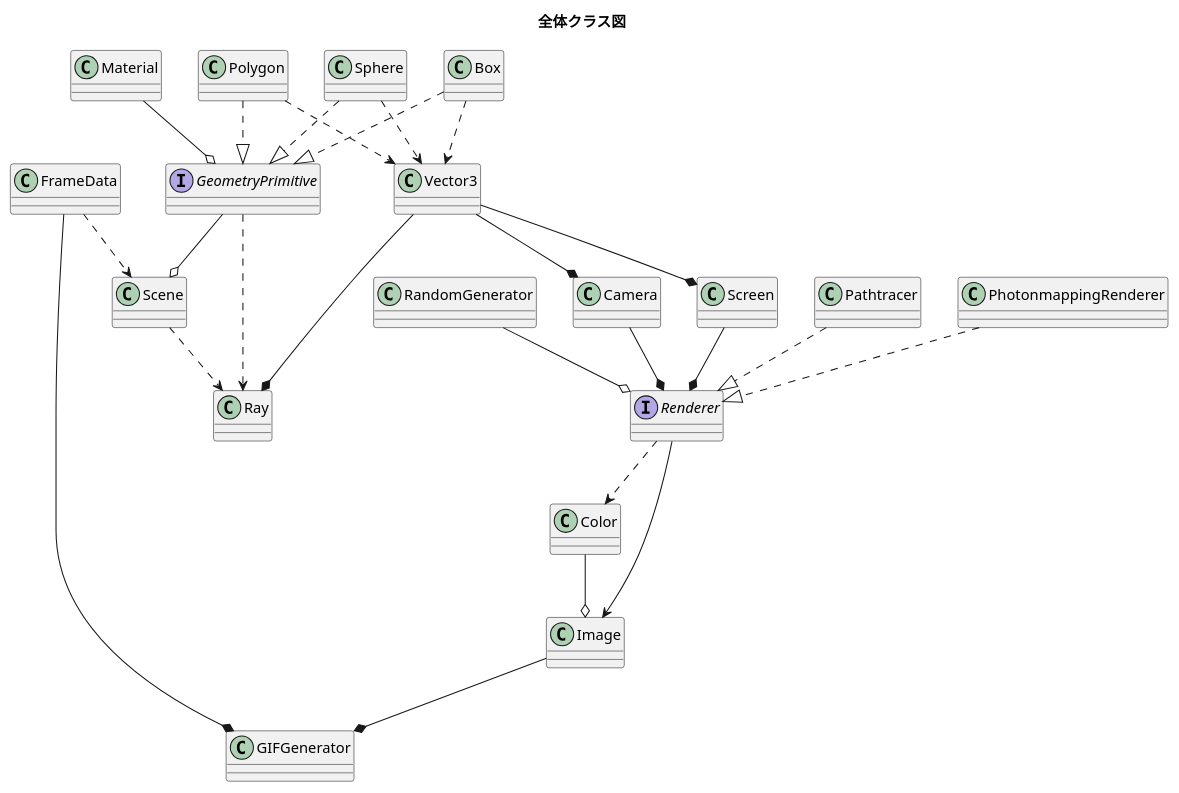
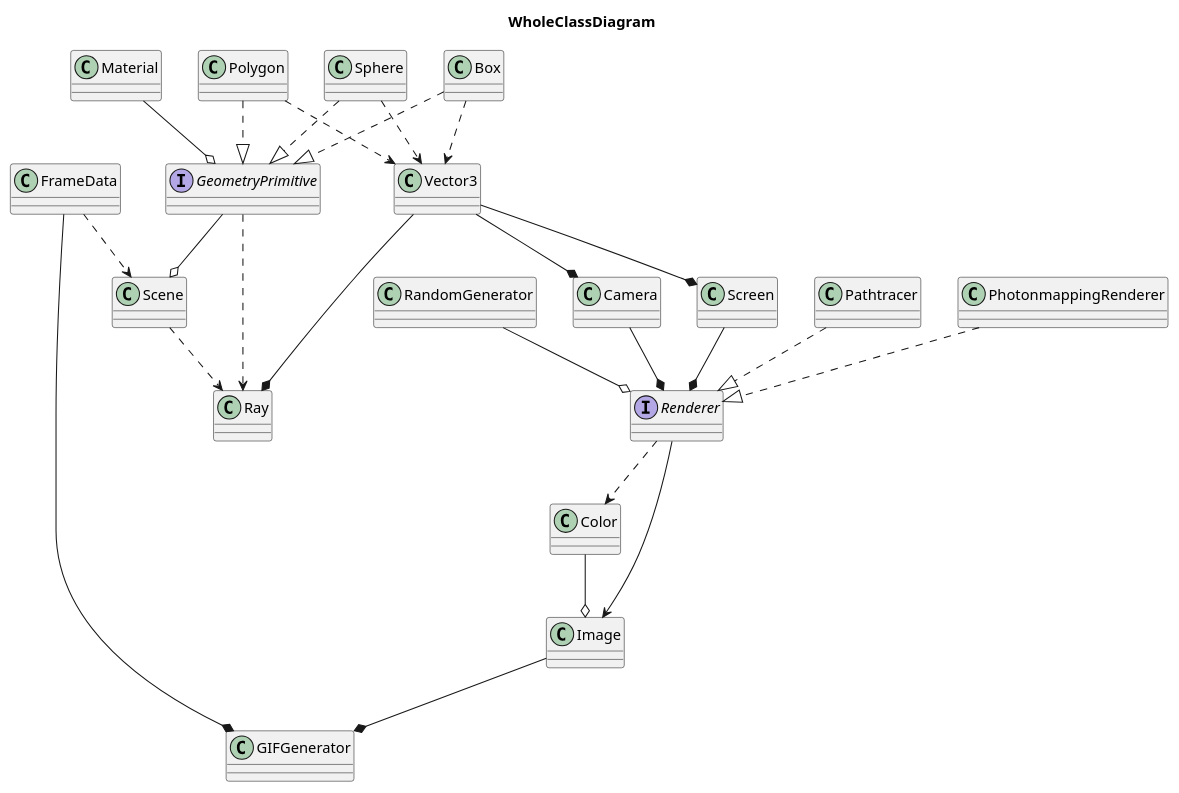
Before and after one commit to Nao-Shirotsu/PBRenderer_Raydiant: the diagram in Raydiant/class_diagram.pu, drawn with PlantUML. The commit also changed 2 other files, not shown here.

Commit message:
クラス図とシーケンス図のPlantUMLファイルを追加

```diff
--- a/Raydiant/class_diagram.pu
+++ b/Raydiant/class_diagram.pu
@@ -1,32 +1,32 @@
 @startuml
-title 全体クラス図
+title WholeClassDiagram
 
 interface GeometryPrimitive
 interface Renderer
 
 Vector3 --* Ray
 Vector3 --* Camera
 Vector3 --* Screen
 GeometryPrimitive --o Scene
 Polygon ..|> GeometryPrimitive
 Sphere ..|> GeometryPrimitive
 Box ..|> GeometryPrimitive
 Material --o GeometryPrimitive
 GeometryPrimitive ..> Ray
 Polygon ..> Vector3
 Sphere ..> Vector3
 Box ..> Vector3
 Scene ..> Ray
 Screen --* Renderer
 Camera --* Renderer
 Renderer ..> Color
 Pathtracer ..|> Renderer
 PhotonmappingRenderer ..|> Renderer
 RandomGenerator --o Renderer
 Renderer --> Image
 Color --o Image
 Image --* GIFGenerator
 FrameData ..> Scene
 FrameData --* GIFGenerator
 
 @enduml
```
